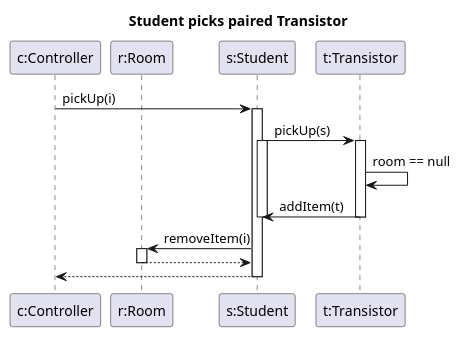
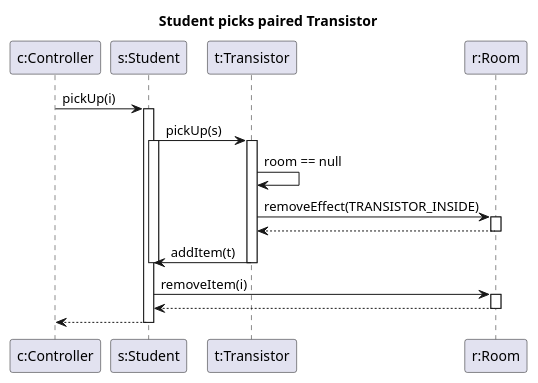
One commit to MBakter/echo changed the diagram in docs/sequence_diagrams/skeleton/pick_paired_trans.plantuml. Above: the diagram before and after it, drawn with PlantUML. The commit also changed 1 other file, not shown here.

```diff
--- a/docs/sequence_diagrams/skeleton/pick_paired_trans.plantuml
+++ b/docs/sequence_diagrams/skeleton/pick_paired_trans.plantuml
@@ -1,25 +1,29 @@
 @startuml pi
 title "Student picks paired Transistor"
 
 participant "c:Controller" as c
-participant "r:Room" as r
 participant "s:Student" as s
 participant "t:Transistor" as i
+participant "r:Room" as r
 
 c -> s : pickUp(i)
 activate s
 s -> i : pickUp(s)
 activate s
 activate i
 i -> i : room == null
+i -> r : removeEffect(TRANSISTOR_INSIDE)
+activate r
+r --> i
+deactivate r
 i -> s : addItem(t)
 deactivate s
 deactivate i
 s -> r : removeItem(i)
 activate r
 r --> s 
 deactivate r
 s --> c
 deactivate s
 
 @enduml
```
